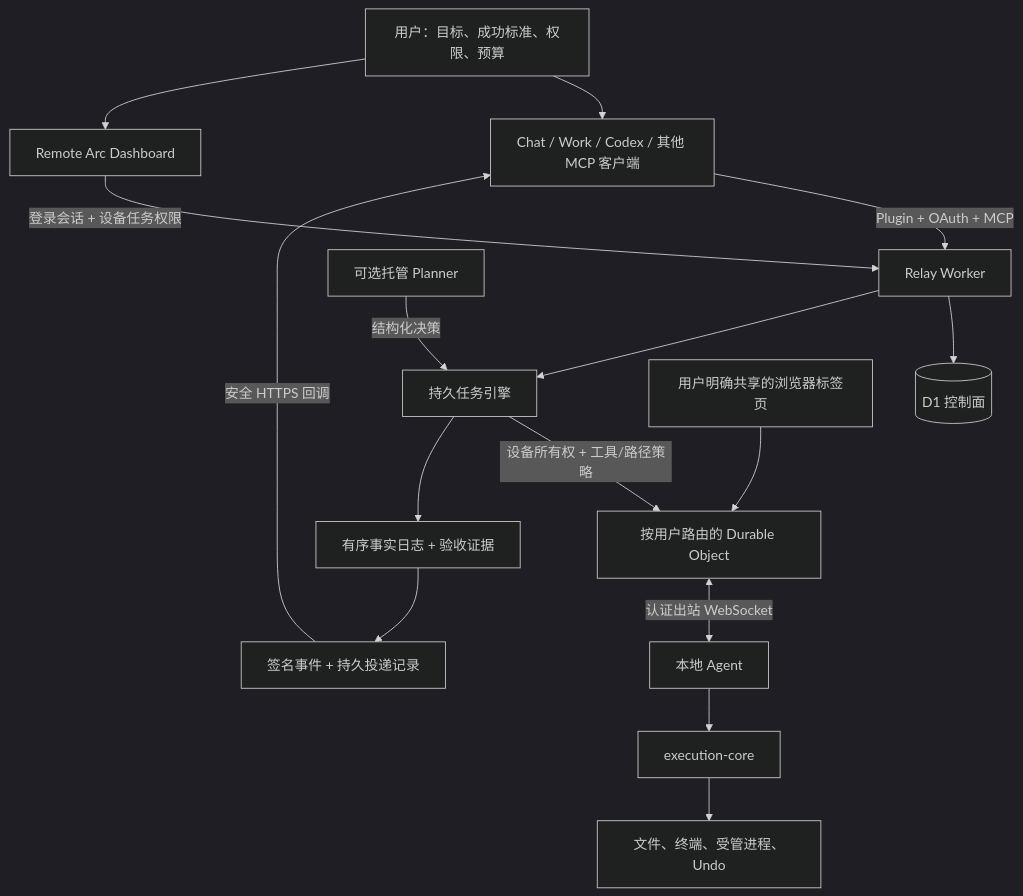
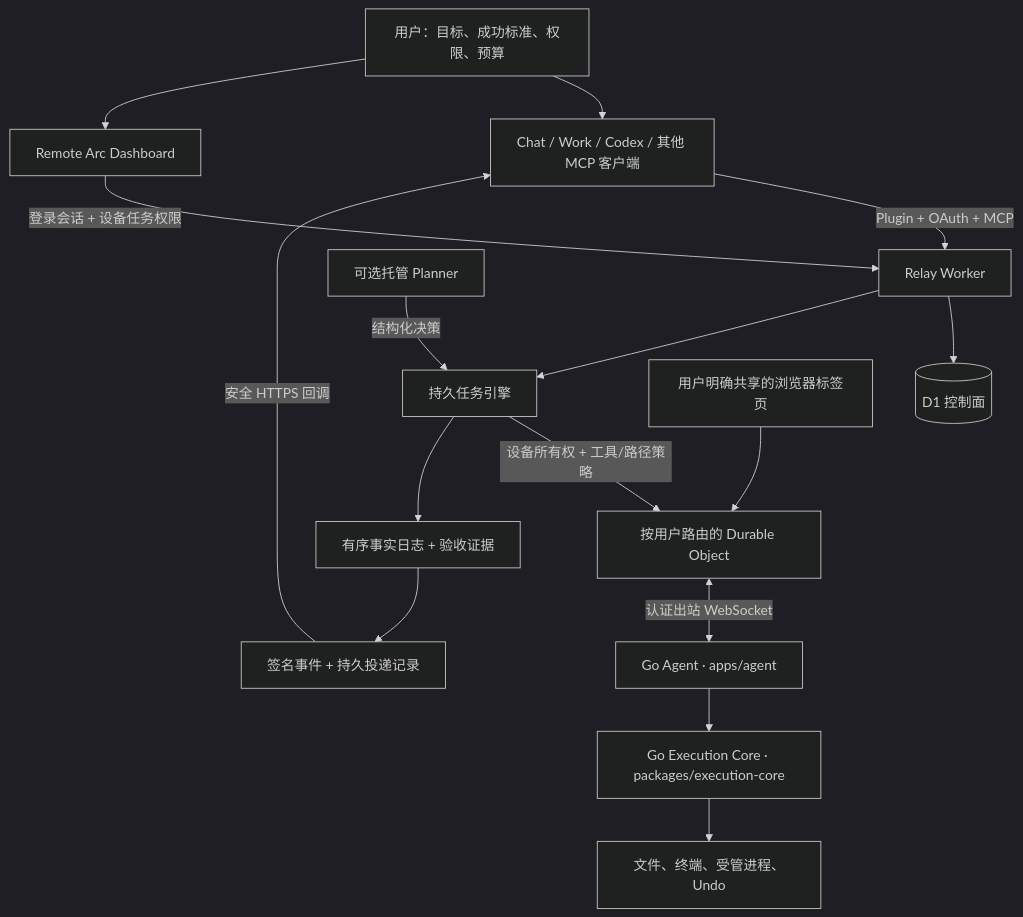
The first of 2 diagrams in docs/system-architecture.md (yaohuangguan/remote-arc), drawn with Mermaid (dark theme) before and after one commit. The commit also changed other lines of this file and 167 other files, not shown here.

Commit message:
feat: make native Go Agent and Execution Core the default in 0.6.0

````diff
--- a/docs/system-architecture.md
+++ b/docs/system-architecture.md
@@ -51,18 +51,18 @@
 ```mermaid
 flowchart TB
   U[用户：目标、成功标准、权限、预算] --> H[Chat / Work / Codex / 其他 MCP 客户端]
   U --> UI[Remote Arc Dashboard]
   H -->|Plugin + OAuth + MCP| R[Relay Worker]
   UI -->|登录会话 + 设备任务权限| R
   R --> DB[(D1 控制面)]
   R --> T[持久任务引擎]
   P[可选托管 Planner] -->|结构化决策| T
   T -->|设备所有权 + 工具/路径策略| DO[按用户路由的 Durable Object]
-  DO <-->|认证出站 WebSocket| A[本地 Agent]
-  A --> C[execution-core]
+  DO <-->|认证出站 WebSocket| A[Go Agent · apps/agent]
+  A --> C[Go Execution Core · packages/execution-core]
   C --> F[文件、终端、受管进程、Undo]
   B[用户明确共享的浏览器标签页] --> DO
   T --> J[有序事实日志 + 验收证据]
   J --> E[签名事件 + 持久投递记录]
   E -->|安全 HTTPS 回调| H
 ```
````
